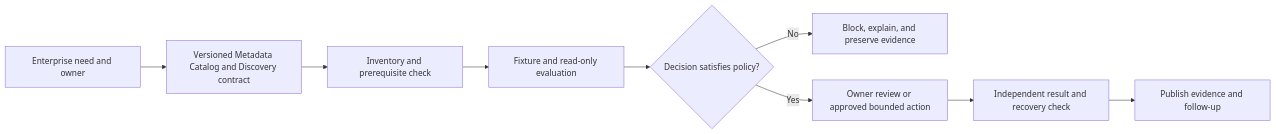
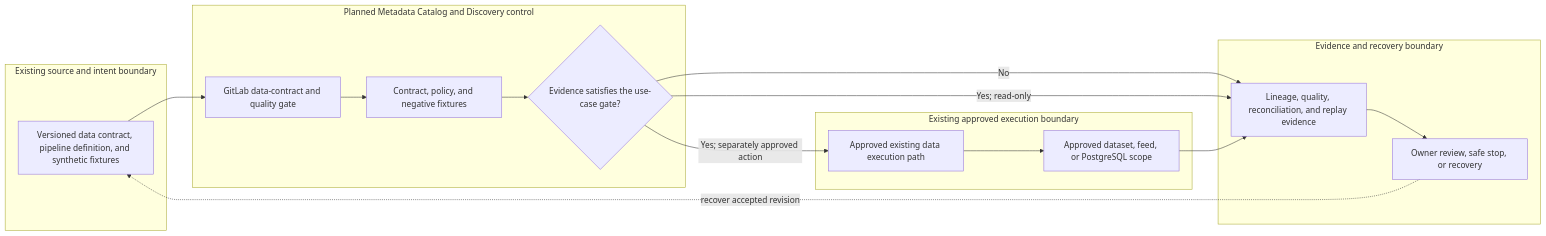
Before and after one commit to MIDHTECH/enterprise-architecture-docs: the diagram in docs/use-cases/data/UC-DATA-013-metadata-catalog-and-discovery.md, drawn with Mermaid. The commit also changed other lines of this file and 227 other files, not shown here.

Commit message:
Deepen architecture for all use case designs

````diff
--- a/docs/use-cases/data/UC-DATA-013-metadata-catalog-and-discovery.md
+++ b/docs/use-cases/data/UC-DATA-013-metadata-catalog-and-discovery.md
@@ -136,11 +129,25 @@
 ```mermaid
 flowchart LR
-    Need["Enterprise need and owner"] --> Contract["Versioned Metadata Catalog and Discovery contract"]
-    Contract --> Preflight["Inventory and prerequisite check"]
-    Preflight --> Evaluate["Fixture and read-only evaluation"]
-    Evaluate --> Decision{"Decision satisfies policy?"}
-    Decision -->|No| Stop["Block, explain, and preserve evidence"]
-    Decision -->|Yes| Review["Owner review or approved bounded action"]
-    Review --> Verify["Independent result and recovery check"]
-    Verify --> Publish["Publish evidence and follow-up"]
+    subgraph Source["Existing source and intent boundary"]
+        A["Versioned data contract, pipeline definition, and synthetic fixtures"]
+    end
+    subgraph Planned["Planned Metadata Catalog and Discovery control"]
+        B["GitLab data-contract and quality gate"]
+        C["Contract, policy, and negative fixtures"]
+        D{"Evidence satisfies the use-case gate?"}
+    end
+    subgraph Runtime["Existing approved execution boundary"]
+        E["Approved existing data execution path"]
+        F["Approved dataset, feed, or PostgreSQL scope"]
+    end
+    subgraph Assurance["Evidence and recovery boundary"]
+        G["Lineage, quality, reconciliation, and replay evidence"]
+        H["Owner review, safe stop, or recovery"]
+    end
+
+    A --> B --> C --> D
+    D -->|No| G --> H
+    D -->|Yes; read-only| G
+    D -->|Yes; separately approved action| E --> F --> G
+    H -. recover accepted revision .-> A
 ```
````
